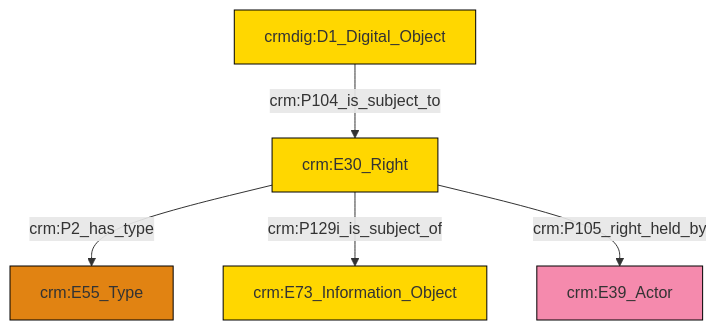
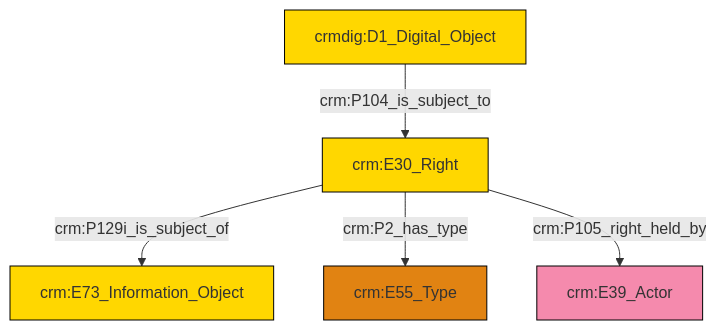
One commit to swiss-art-research-net/reference-data-models changed the diagram in et/doCSV/ttl/mmd/do_rights.ttl.mmd. Above: the diagram before and after it, drawn with Mermaid. The commit also changed 127 other files, not shown here.

```diff
--- a/et/doCSV/ttl/mmd/do_rights.ttl.mmd
+++ b/et/doCSV/ttl/mmd/do_rights.ttl.mmd
@@ -1,19 +1,19 @@
 graph TD
 classDef Literal fill:#f2f2f2,stroke:#000000;
 classDef CRM_Entity fill:#FFFFFF,stroke:#000000;
 classDef Temporal_Entity fill:#00C9E6, stroke:#000000;
 classDef Type fill:#E18312, stroke:#000000;
 classDef Time-Span fill:#2C9C91, stroke:#000000;
 classDef Appellation fill:#FFEB7F, stroke:#000000;
 classDef Place fill:#008836, stroke:#000000;
 classDef Persistent_Item fill:#B266B2, stroke:#000000;
 classDef Conceptual_Object fill:#FFD700, stroke:#000000;
 classDef Physical_Thing fill:#D2B48C, stroke:#000000;
 classDef Actor fill:#f58aad, stroke:#000000;
 classDef PC_Classes fill:#4ce600, stroke:#000000;
 classDef Multi fill:#cccccc,stroke:#000000;
 
-0["crmdig:D1_Digital_Object"]:::Conceptual_Object -->|crm:P104_is_subject_to| 1["crm:E30_Right"]:::Conceptual_Object
-1["crm:E30_Right"]:::Conceptual_Object -->|crm:P2_has_type| 2["crm:E55_Type"]:::Type
-1["crm:E30_Right"]:::Conceptual_Object -->|crm:P129i_is_subject_of| 5["crm:E73_Information_Object"]:::Conceptual_Object
-1["crm:E30_Right"]:::Conceptual_Object -->|crm:P105_right_held_by| 7["crm:E39_Actor"]:::Actor
+4["crm:E30_Right"]:::Conceptual_Object -->|crm:P129i_is_subject_of| 2["crm:E73_Information_Object"]:::Conceptual_Object
+8["crmdig:D1_Digital_Object"]:::Conceptual_Object -->|crm:P104_is_subject_to| 4["crm:E30_Right"]:::Conceptual_Object
+4["crm:E30_Right"]:::Conceptual_Object -->|crm:P2_has_type| 0["crm:E55_Type"]:::Type
+4["crm:E30_Right"]:::Conceptual_Object -->|crm:P105_right_held_by| 6["crm:E39_Actor"]:::Actor
```
